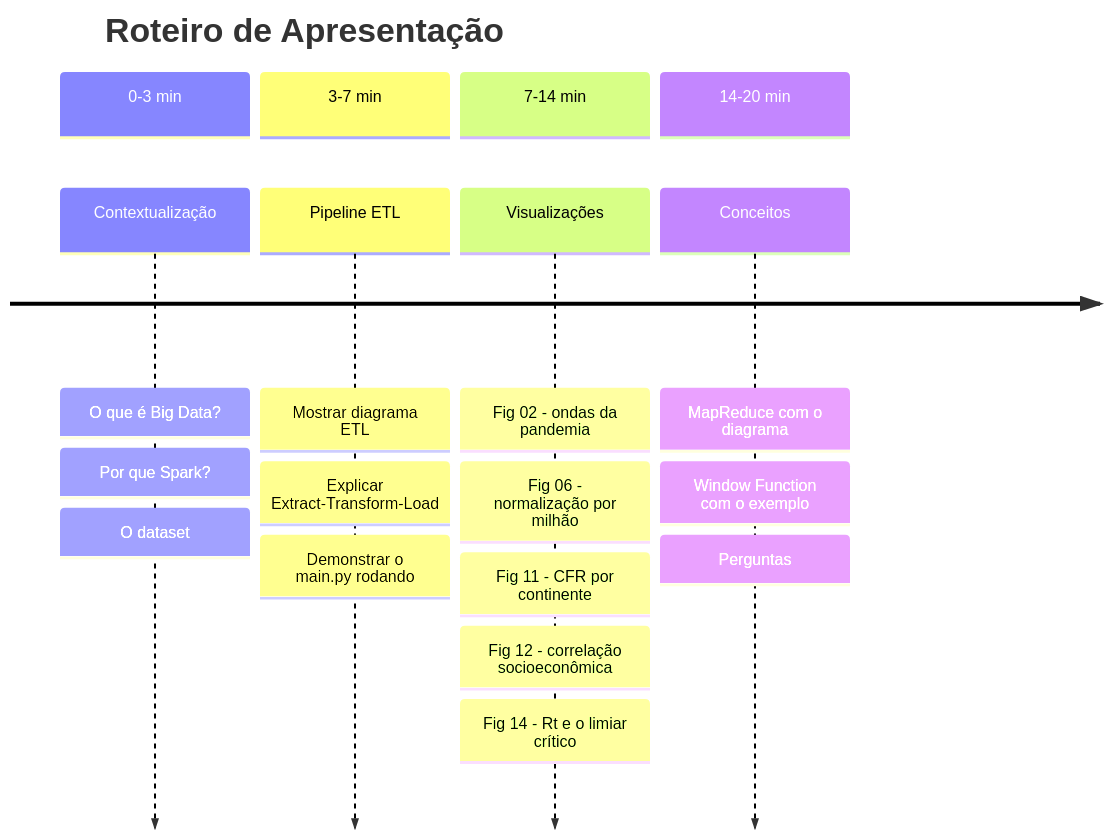
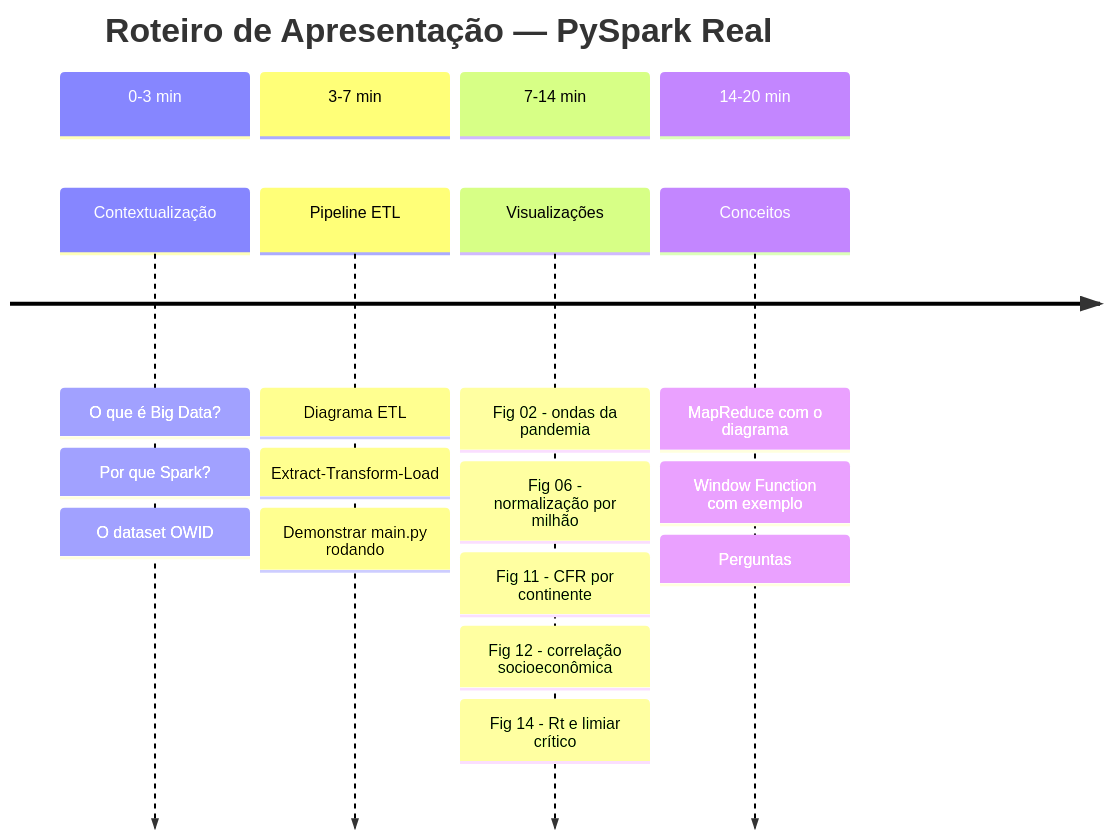
Before and after one commit to isabelacarone/eda-covid19: diagram 12 of 12 in DOCUMENTACAO.md, drawn with Mermaid. The commit also changed other lines of this file and 1 other file, not shown here.

````diff
--- a/DOCUMENTACAO.md
+++ b/DOCUMENTACAO.md
@@ -618,22 +483,22 @@
 ```mermaid
 timeline
-    title Roteiro de Apresentação
+    title Roteiro de Apresentação — PySpark Real
     section 0-3 min
         Contextualização : O que é Big Data?
                          : Por que Spark?
-                         : O dataset
+                         : O dataset OWID
     section 3-7 min
-        Pipeline ETL : Mostrar diagrama ETL
-                     : Explicar Extract-Transform-Load
-                     : Demonstrar o main.py rodando
+        Pipeline ETL : Diagrama ETL
+                     : Extract-Transform-Load
+                     : Demonstrar main.py rodando
     section 7-14 min
         Visualizações : Fig 02 - ondas da pandemia
                       : Fig 06 - normalização por milhão
                       : Fig 11 - CFR por continente
                       : Fig 12 - correlação socioeconômica
-                      : Fig 14 - Rt e o limiar crítico
+                      : Fig 14 - Rt e limiar crítico
     section 14-20 min
         Conceitos : MapReduce com o diagrama
-                  : Window Function com o exemplo
+                  : Window Function com exemplo
                   : Perguntas
 ```
````
